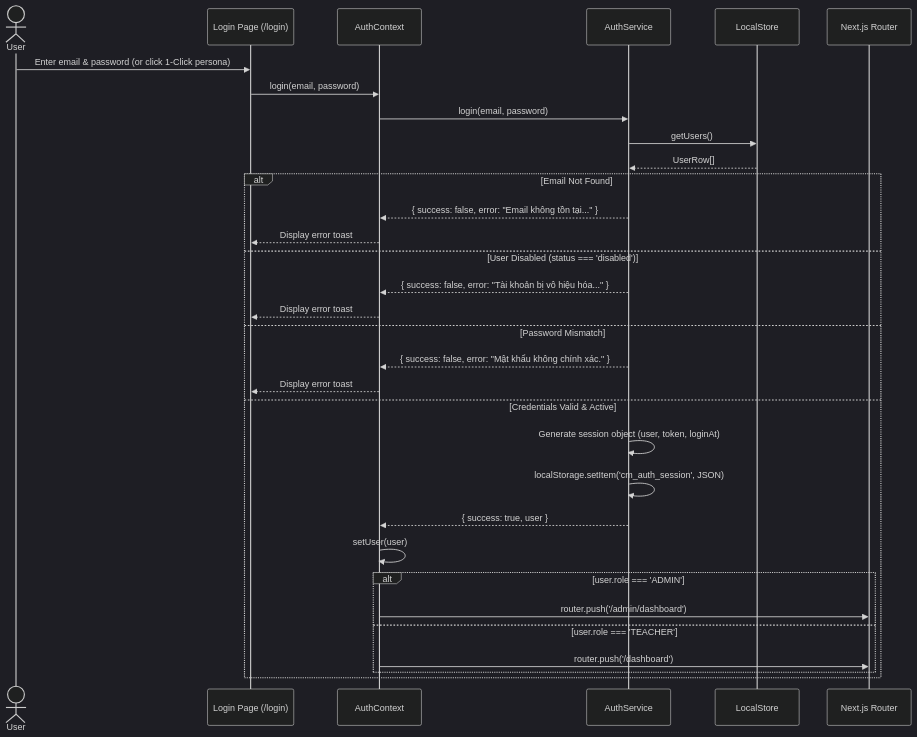
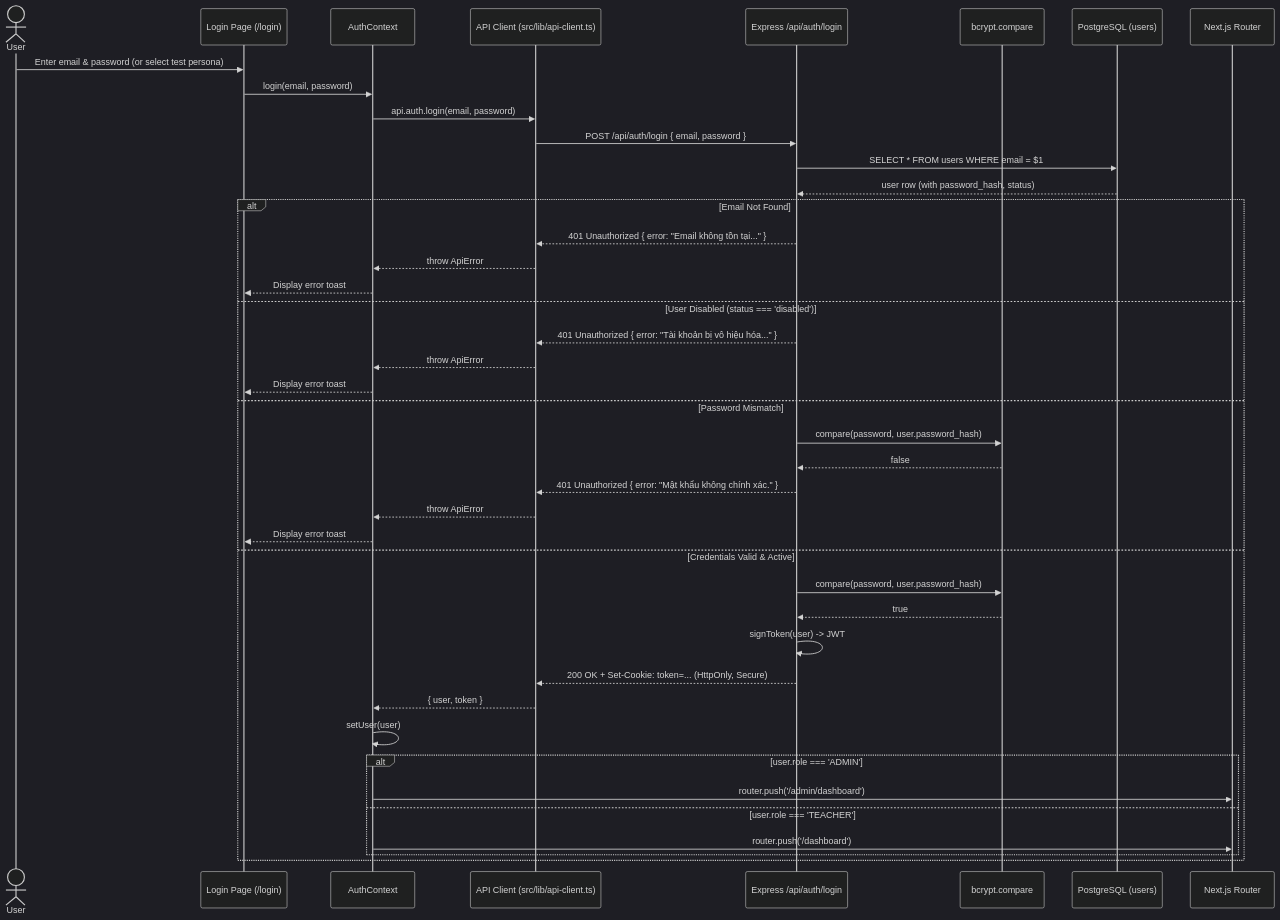
The diagram in docs/security/authentication.md (tranhohoangvu/class-manager), drawn with Mermaid (dark theme) before and after one commit. The commit also changed other lines of this file and 96 other files, not shown here.

Commit message:
feat: migrate backend from Supabase to Node.js + Express + PostgreSQL for Render deployment

````diff
--- a/docs/security/authentication.md
+++ b/docs/security/authentication.md
@@ -9,36 +7,46 @@
 ```mermaid
 sequenceDiagram
     actor User
     participant UI as Login Page (/login)
     participant AuthCtx as AuthContext
-    participant AuthSvc as AuthService
-    participant Store as LocalStore
+    participant ApiClient as API Client (src/lib/api-client.ts)
+    participant Express as Express /api/auth/login
+    participant Bcrypt as bcrypt.compare
+    participant Pg as PostgreSQL (users)
     participant Router as Next.js Router
 
-    User->>UI: Enter email & password (or click 1-Click persona)
+    User->>UI: Enter email & password (or select test persona)
     UI->>AuthCtx: login(email, password)
-    AuthCtx->>AuthSvc: login(email, password)
-    AuthSvc->>Store: getUsers()
-    Store-->>AuthSvc: UserRow[]
+    AuthCtx->>ApiClient: api.auth.login(email, password)
+    ApiClient->>Express: POST /api/auth/login { email, password }
+    Express->>Pg: SELECT * FROM users WHERE email = $1
+    Pg-->>Express: user row (with password_hash, status)
 
     alt Email Not Found
-        AuthSvc-->>AuthCtx: { success: false, error: "Email không tồn tại..." }
+        Express-->>ApiClient: 401 Unauthorized { error: "Email không tồn tại..." }
+        ApiClient-->>AuthCtx: throw ApiError
         AuthCtx-->>UI: Display error toast
     else User Disabled (status === 'disabled')
-        AuthSvc-->>AuthCtx: { success: false, error: "Tài khoản bị vô hiệu hóa..." }
+        Express-->>ApiClient: 401 Unauthorized { error: "Tài khoản bị vô hiệu hóa..." }
+        ApiClient-->>AuthCtx: throw ApiError
         AuthCtx-->>UI: Display error toast
     else Password Mismatch
-        AuthSvc-->>AuthCtx: { success: false, error: "Mật khẩu không chính xác." }
+        Express->>Bcrypt: compare(password, user.password_hash)
+        Bcrypt-->>Express: false
+        Express-->>ApiClient: 401 Unauthorized { error: "Mật khẩu không chính xác." }
+        ApiClient-->>AuthCtx: throw ApiError
         AuthCtx-->>UI: Display error toast
     else Credentials Valid & Active
-        AuthSvc->>AuthSvc: Generate session object (user, token, loginAt)
-        AuthSvc->>AuthSvc: localStorage.setItem('cm_auth_session', JSON)
-        AuthSvc-->>AuthCtx: { success: true, user }
+        Express->>Bcrypt: compare(password, user.password_hash)
+        Bcrypt-->>Express: true
+        Express->>Express: signToken(user) -> JWT
+        Express-->>ApiClient: 200 OK + Set-Cookie: token=... (HttpOnly, Secure)
+        ApiClient-->>AuthCtx: { user, token }
         AuthCtx->>AuthCtx: setUser(user)
         alt user.role === 'ADMIN'
             AuthCtx->>Router: router.push('/admin/dashboard')
         else user.role === 'TEACHER'
             AuthCtx->>Router: router.push('/dashboard')
         end
     end
 ```
````
